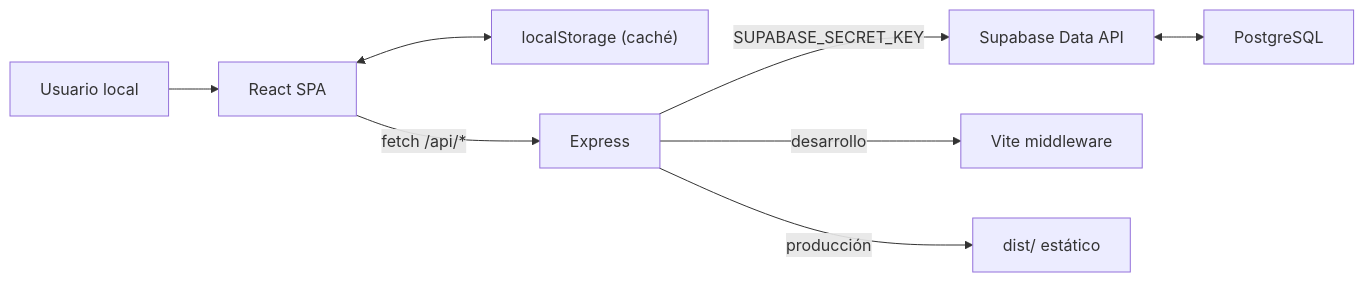
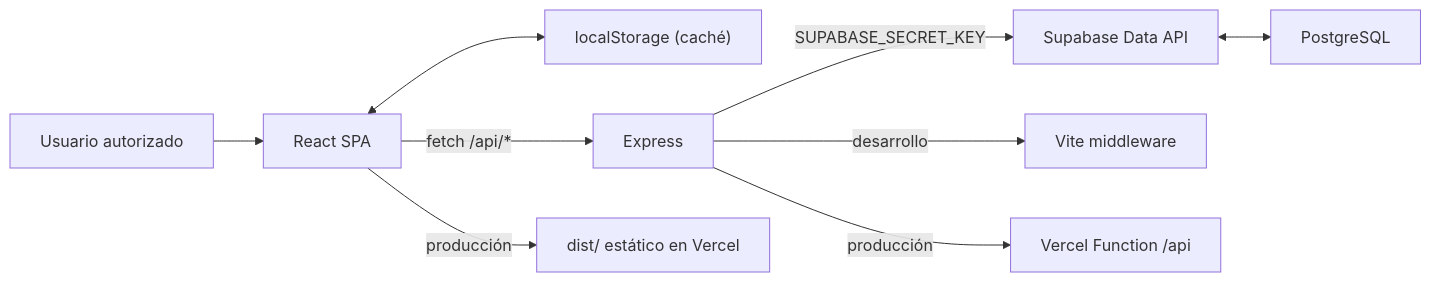
One commit to mctesmanrh/BILLETERA changed the diagram in docs/ARQUITECTURA_TECNICA.md. Above: the diagram before and after it, drawn with Mermaid. The commit also changed other lines of this file and 8 other files, not shown here.

````diff
--- a/docs/ARQUITECTURA_TECNICA.md
+++ b/docs/ARQUITECTURA_TECNICA.md
@@ -35,10 +35,11 @@
 ```mermaid
 flowchart LR
-    U["Usuario local"] --> R["React SPA"]
+    U["Usuario autorizado"] --> R["React SPA"]
     R <--> L["localStorage (caché)"]
     R -->|"fetch /api/*"| E["Express"]
     E -->|"SUPABASE_SECRET_KEY"| S["Supabase Data API"]
     S <--> P["PostgreSQL"]
     E -->|"desarrollo"| V["Vite middleware"]
-    E -->|"producción"| D["dist/ estático"]
+    E -->|"producción"| F["Vercel Function /api"]
+    R -->|"producción"| D["dist/ estático en Vercel"]
 ```
````
